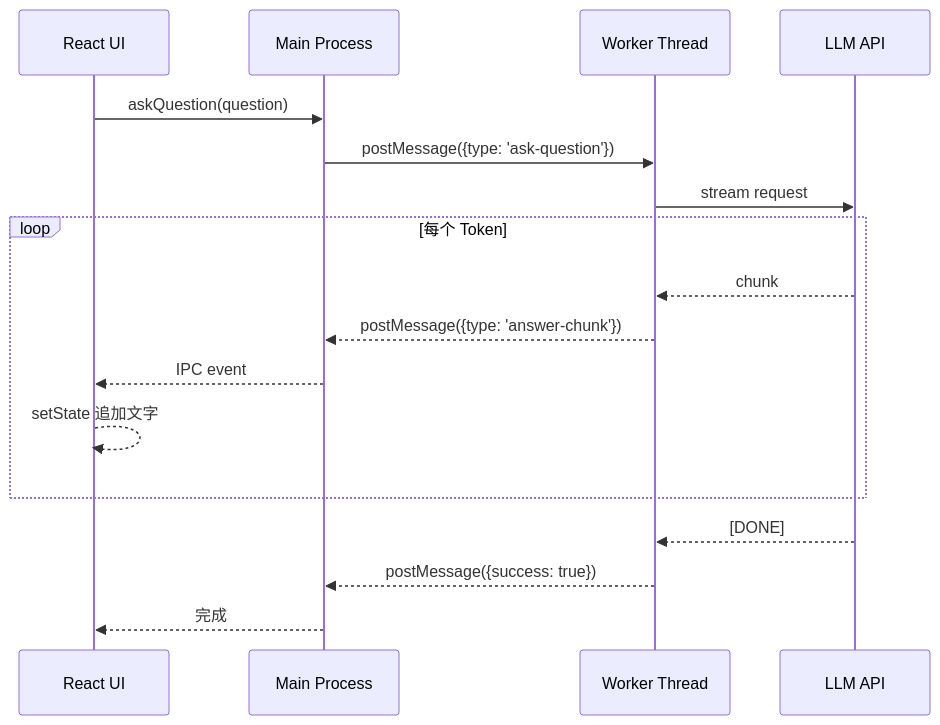
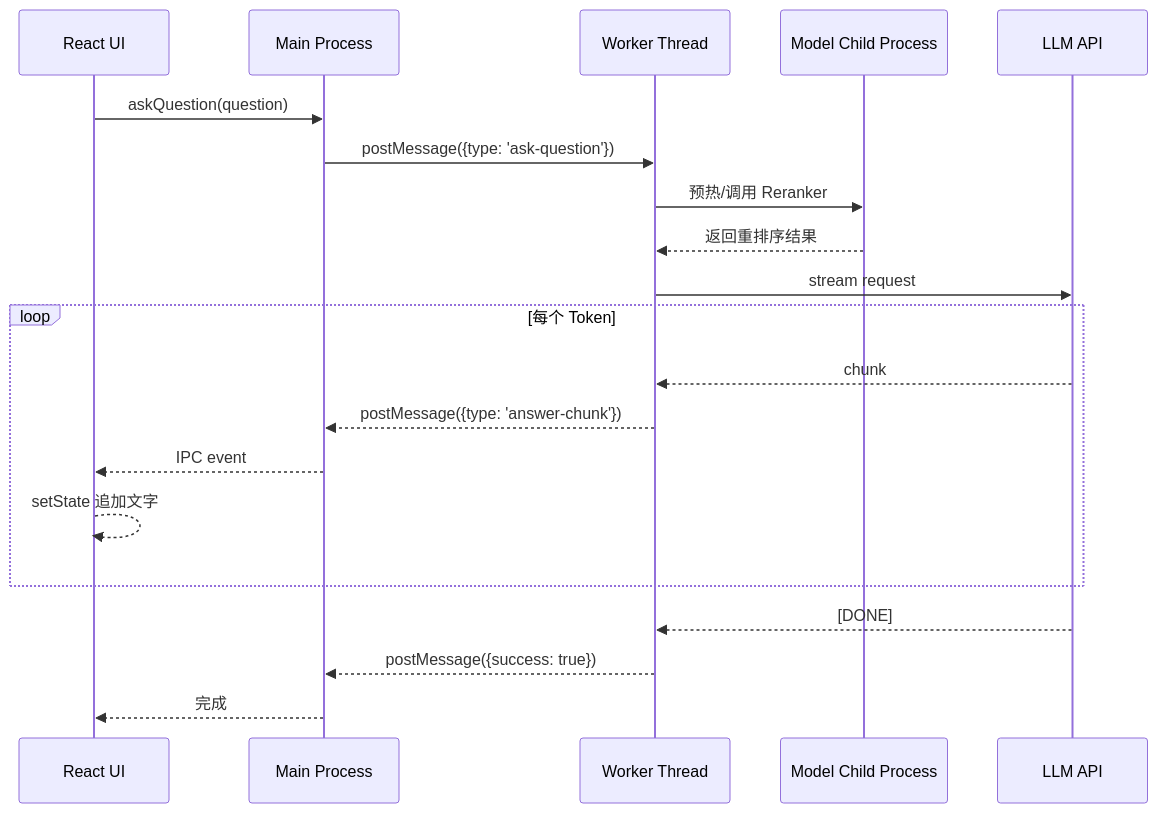
The fourth of 5 diagrams in docs/ai-learning/00-architecture.md (xyst123/library), drawn with Mermaid before and after one commit. The commit also changed other lines of this file and 1 other file, not shown here.

````diff
--- a/docs/ai-learning/00-architecture.md
+++ b/docs/ai-learning/00-architecture.md
@@ -120,23 +124,27 @@
 ```mermaid
 sequenceDiagram
     participant UI as React UI
     participant Main as Main Process
     participant Worker as Worker Thread
+    participant Child as Model Child Process
     participant LLM as LLM API
-    
+
     UI->>Main: askQuestion(question)
     Main->>Worker: postMessage({type: 'ask-question'})
-    
+
+    Worker->>Child: 预热/调用 Reranker
+    Child-->>Worker: 返回重排序结果
+
     Worker->>LLM: stream request
-    
+
     loop 每个 Token
         LLM-->>Worker: chunk
         Worker-->>Main: postMessage({type: 'answer-chunk'})
         Main-->>UI: IPC event
         UI-->>UI: setState 追加文字
     end
-    
+
     LLM-->>Worker: [DONE]
     Worker-->>Main: postMessage({success: true})
     Main-->>UI: 完成
 ```
````
